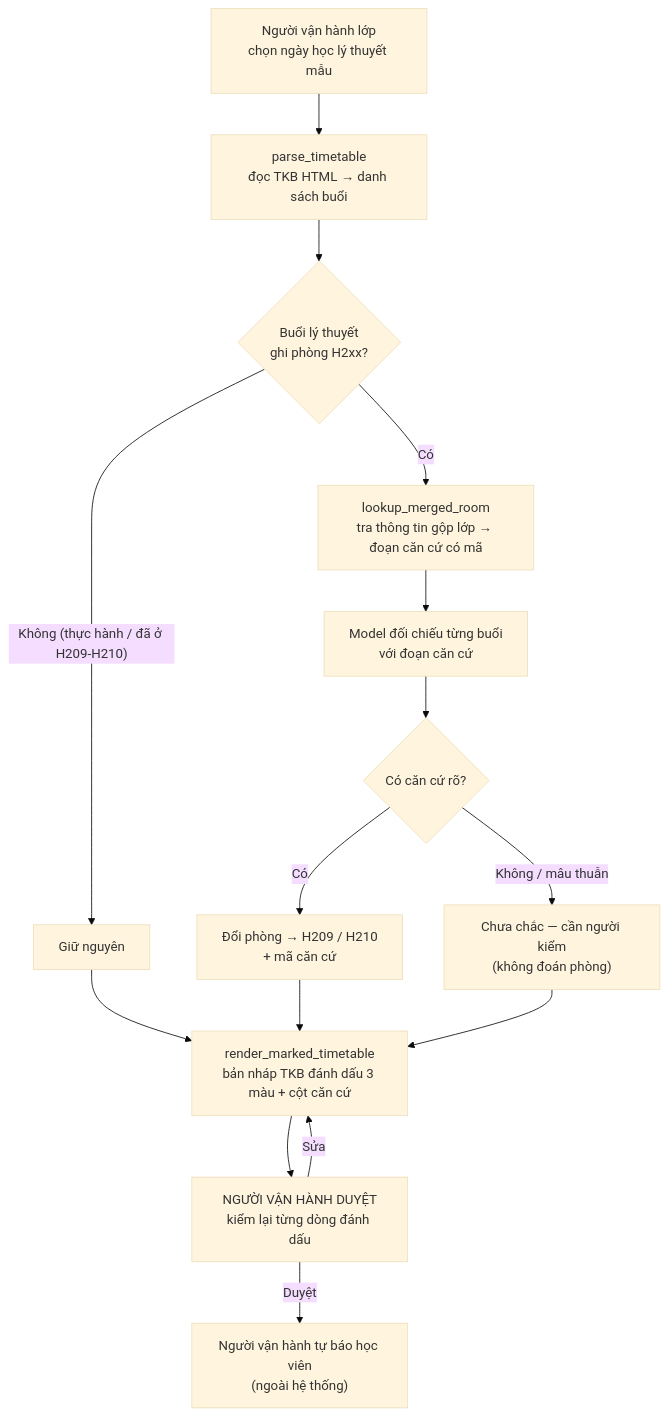
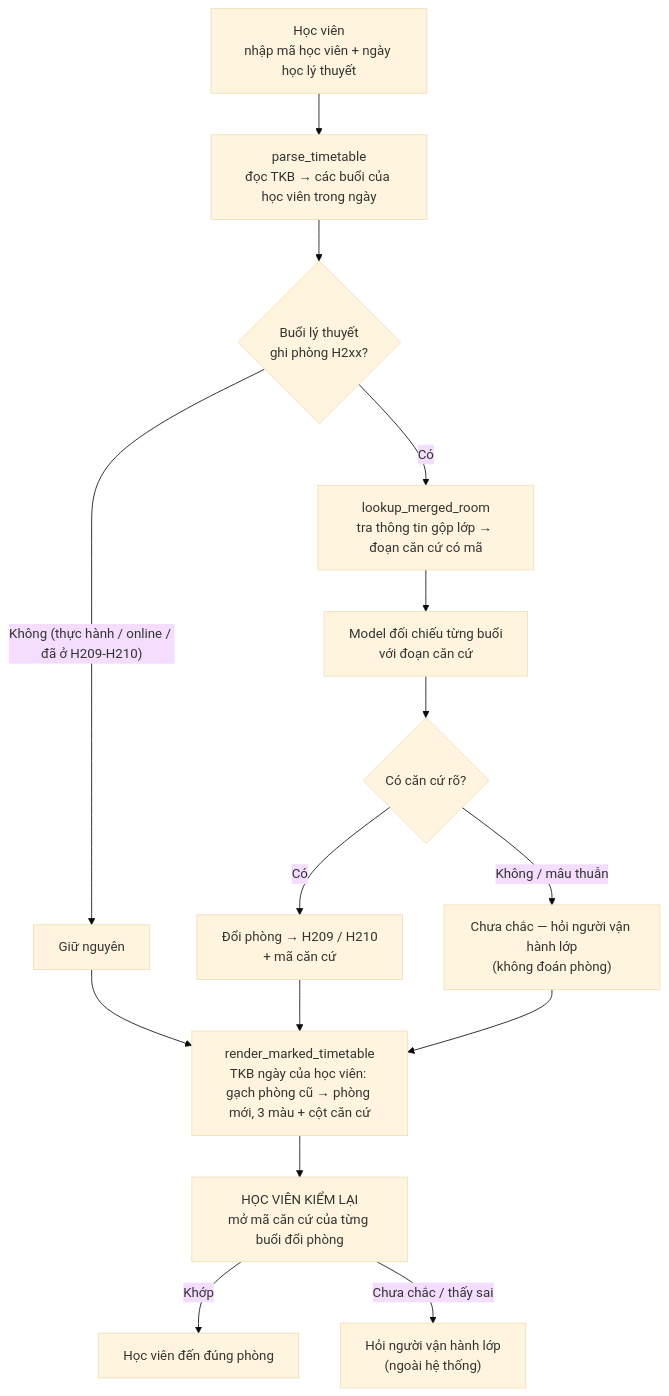
The diagram in spec.md (FPT-Trungocsdiogee/K5-Day15-L3B-Accelerathon), drawn with Mermaid (base theme) before and after one commit. The commit also changed other lines of this file and 7 other files, not shown here.

````diff
--- a/spec.md
+++ b/spec.md
@@ -45,17 +46,17 @@
   ```mermaid
   flowchart TD
-      U["Người vận hành lớp<br/>chọn ngày học lý thuyết mẫu"] --> T1["parse_timetable<br/>đọc TKB HTML → danh sách buổi"]
+      U["Học viên<br/>nhập mã học viên + ngày học lý thuyết"] --> T1["parse_timetable<br/>đọc TKB → các buổi của học viên trong ngày"]
       T1 --> F{"Buổi lý thuyết<br/>ghi phòng H2xx?"}
-      F -- "Không (thực hành / đã ở H209-H210)" --> K["Giữ nguyên"]
+      F -- "Không (thực hành / online / đã ở H209-H210)" --> K["Giữ nguyên"]
       F -- "Có" --> T2["lookup_merged_room<br/>tra thông tin gộp lớp → đoạn căn cứ có mã"]
       T2 --> M["Model đối chiếu từng buổi<br/>với đoạn căn cứ"]
       M --> D{"Có căn cứ rõ?"}
       D -- "Có" --> C["Đổi phòng → H209 / H210<br/>+ mã căn cứ"]
-      D -- "Không / mâu thuẫn" --> X["Chưa chắc — cần người kiểm<br/>(không đoán phòng)"]
-      K --> R["render_marked_timetable<br/>bản nháp TKB đánh dấu 3 màu + cột căn cứ"]
+      D -- "Không / mâu thuẫn" --> X["Chưa chắc — hỏi người vận hành lớp<br/>(không đoán phòng)"]
+      K --> R["render_marked_timetable<br/>TKB ngày của học viên: gạch phòng cũ → phòng mới, 3 màu + cột căn cứ"]
       C --> R
       X --> R
-      R --> H["NGƯỜI VẬN HÀNH DUYỆT<br/>kiểm lại từng dòng đánh dấu"]
-      H -- "Duyệt" --> O["Người vận hành tự báo học viên<br/>(ngoài hệ thống)"]
-      H -- "Sửa" --> R
+      R --> H["HỌC VIÊN KIỂM LẠI<br/>mở mã căn cứ của từng buổi đổi phòng"]
+      H -- "Khớp" --> O["Học viên đến đúng phòng"]
+      H -- "Chưa chắc / thấy sai" --> Q["Hỏi người vận hành lớp<br/>(ngoài hệ thống)"]
   ```
````
